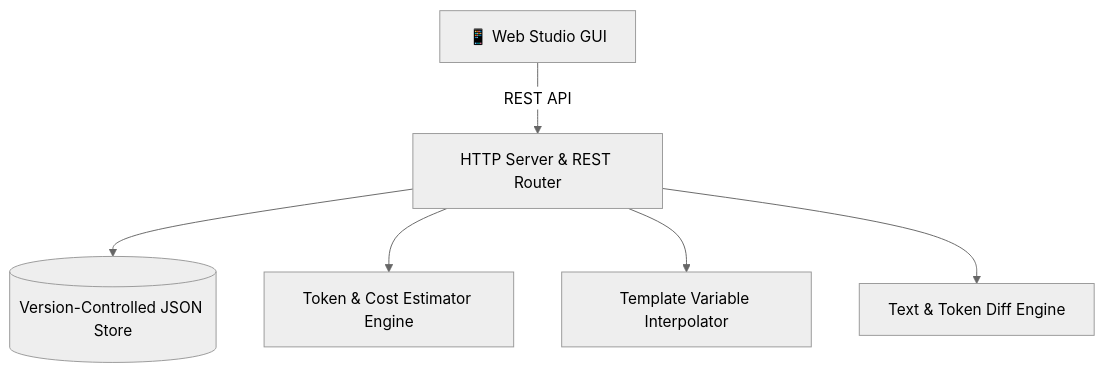
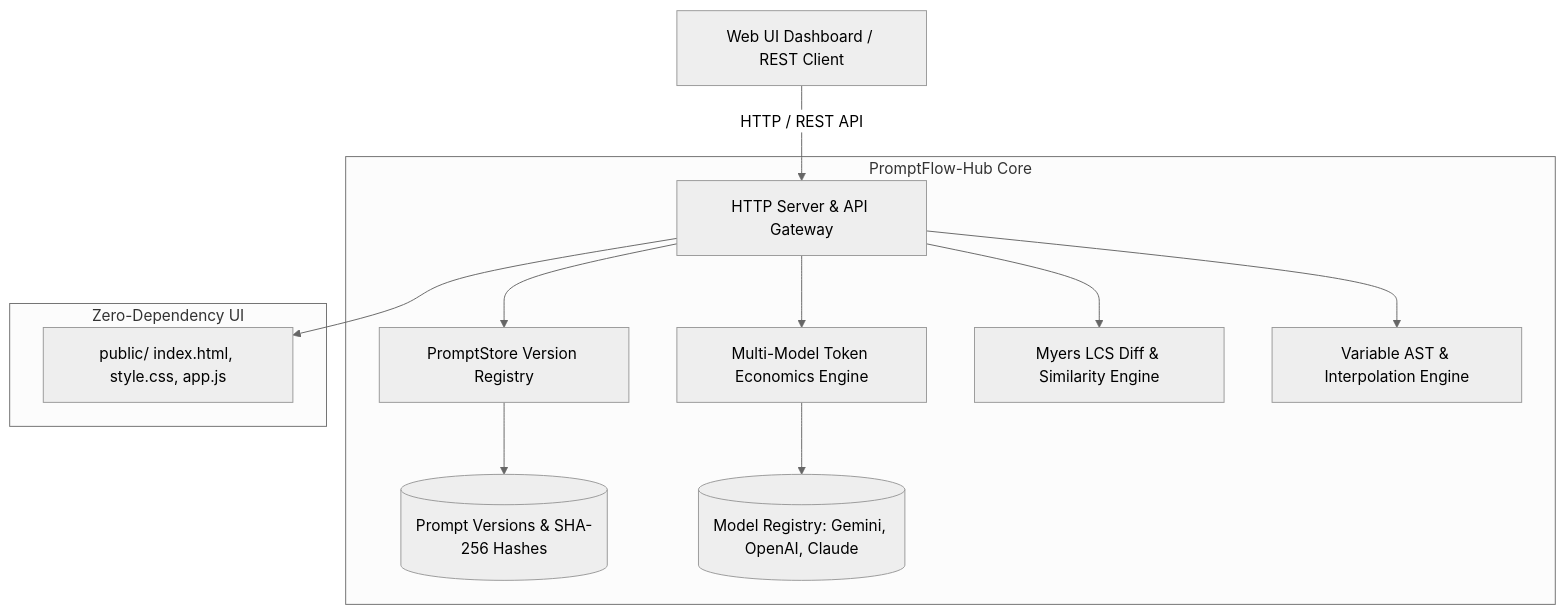
The first of 2 diagrams in artifacts/ARCHITECTURE.md (alinurettin/PromptFlow-Hub), drawn with Mermaid (neutral theme) before and after one commit. The commit also changed other lines of this file and 16 other files, not shown here.

Commit message:
feat: upgrade PromptFlow-Hub to v2.0.0 enterprise LLMOps studio with Myers LCS diff and 25 non-mocked tests

````diff
--- a/artifacts/ARCHITECTURE.md
+++ b/artifacts/ARCHITECTURE.md
@@ -12,8 +13,18 @@
 ```mermaid
 flowchart TD
-    Client[📱 Web Studio GUI] -->|REST API| Server[HTTP Server & REST Router]
-    Server --> PromptStore[(Version-Controlled JSON Store)]
-    Server --> Estimator[Token & Cost Estimator Engine]
-    Server --> Interpolator[Template Variable Interpolator]
-    Server --> DiffEngine[Text & Token Diff Engine]
+    Client[Web UI Dashboard / REST Client] -->|HTTP / REST API| Server[HTTP Server & API Gateway]
+    
+    subgraph Core LLMOps Engine [PromptFlow-Hub Core]
+        Server --> Registry[PromptStore Version Registry]
+        Server --> TokenEngine[Multi-Model Token Economics Engine]
+        Server --> DiffEngine[Myers LCS Diff & Similarity Engine]
+        Server --> InterpEngine[Variable AST & Interpolation Engine]
+        
+        Registry --> VersionNodes[(Prompt Versions & SHA-256 Hashes)]
+        TokenEngine --> ModelSpecs[(Model Registry: Gemini, OpenAI, Claude)]
+    end
+    
+    subgraph Static Delivery [Zero-Dependency UI]
+        Server --> StaticFiles[public/ index.html, style.css, app.js]
+    end
 ```
````
